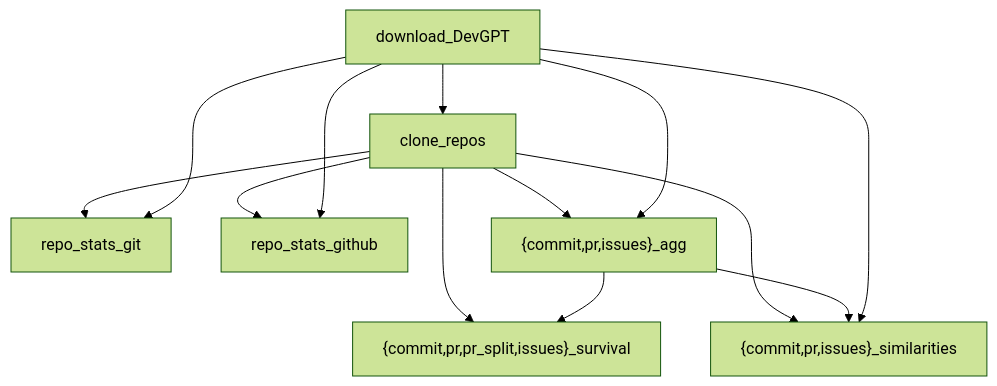
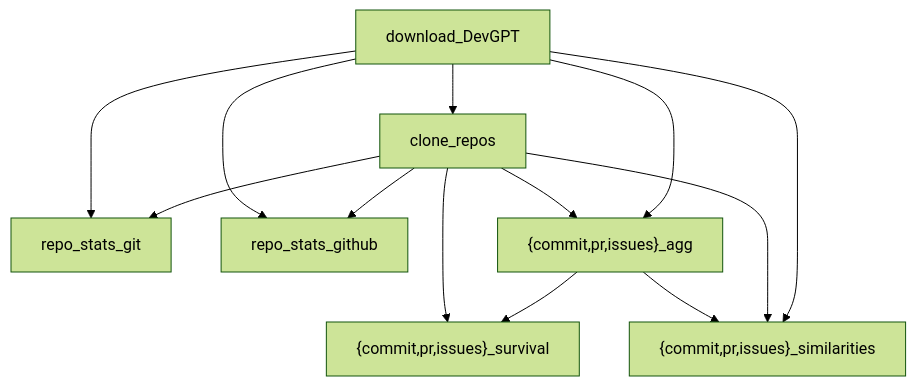
One commit to ncusi/MSR_Challenge_2024 changed the diagram in README.md. Above: the diagram before and after it, drawn with Mermaid (forest theme).

Commit message:
README.md: Improve the look of `dvc dag` diagram
By reordering lines in the source of the simplified graph of DVC stage
dependencies (in Mermaid format: https://mermaid.js.org/), there is
less edge crossing, and the `dvc dag` diagram looks better.

````diff
--- a/README.md
+++ b/README.md
@@ -124,23 +124,22 @@
 ```mermaid
 flowchart TD
         node1["clone_repos"]
         node13["repo_stats_git"]
         node14["repo_stats_github"]
         node2["{commit,pr,issues}_agg"]
         node3["{commit,pr,issues}_similarities"]
-        node4["{commit,pr,pr_split,issues}_survival"]
+        node4["{commit,pr,issues}_survival"]
         node5["download_DevGPT"]
+        node5-->node13
         node1-->node2
-        node1-->node3
         node1-->node4
-        
         node1-->node13
+        node5-->node14
         node1-->node14
-        node2-->node3
         node2-->node4
         node5-->node1
         node5-->node2
+        node2-->node3
+        node1-->node3
         node5-->node3
-        node5-->node13
-        node5-->node14
 ```
````
